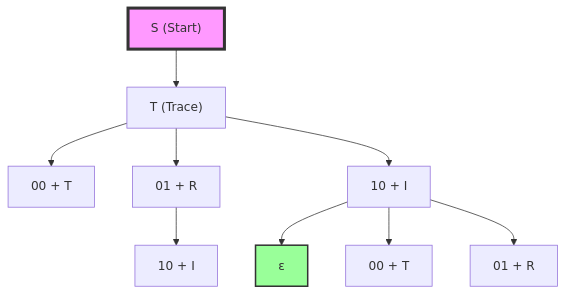
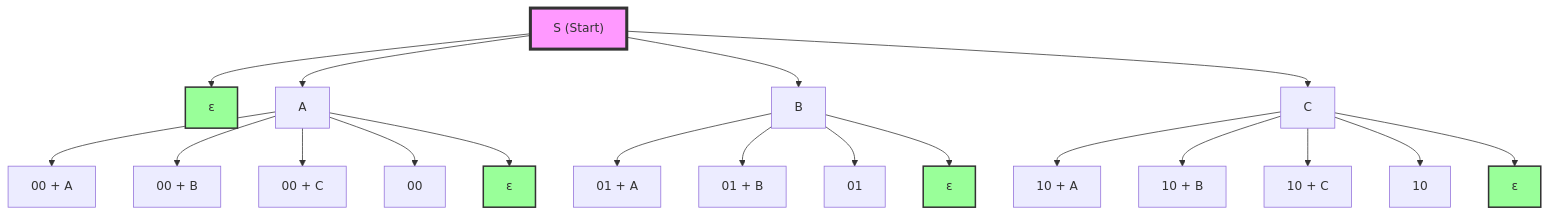
Before and after one commit to loning/the-binarymath: the fifth of 9 diagrams in docs/codex/thread-00-collapse-language/node-03-collapse-grammar.md, drawn with Mermaid. The commit also changed other lines of this file and 17 other files, not shown here.

````diff
--- a/docs/codex/thread-00-collapse-language/node-03-collapse-grammar.md
+++ b/docs/codex/thread-00-collapse-language/node-03-collapse-grammar.md
@@ -134,16 +134,30 @@
 ```mermaid
 graph TD
-    S["S (Start)"] --> T["T (Trace)"]
-    T --> 00T["00 + T"]
-    T --> 01R["01 + R"]
-    T --> 10I["10 + I"]
+    S["S (Start)"] --> eps1["ε"]
+    S --> A["A"]
+    S --> B["B"] 
+    S --> C["C"]
     
-    01R --> 10I1["10 + I"]
+    A --> 00A["00 + A"]
+    A --> 00B["00 + B"]
+    A --> 00C["00 + C"]
+    A --> 00_["00"]
+    A --> eps2["ε"]
     
-    10I --> E1["ε"]
-    10I --> 00T1["00 + T"]
-    10I --> 01R1["01 + R"]
+    B --> 01A["01 + A"]
+    B --> 01B["01 + B"]
+    B --> 01_["01"]
+    B --> eps3["ε"]
+    
+    C --> 10A["10 + A"]
+    C --> 10B["10 + B"]
+    C --> 10C["10 + C"]
+    C --> 10_["10"]
+    C --> eps4["ε"]
     
     style S fill:#f9f,stroke:#333,stroke-width:4px
-    style E1 fill:#9f9,stroke:#333,stroke-width:2px
+    style eps1 fill:#9f9,stroke:#333,stroke-width:2px
+    style eps2 fill:#9f9,stroke:#333,stroke-width:2px
+    style eps3 fill:#9f9,stroke:#333,stroke-width:2px
+    style eps4 fill:#9f9,stroke:#333,stroke-width:2px
 ```
````
